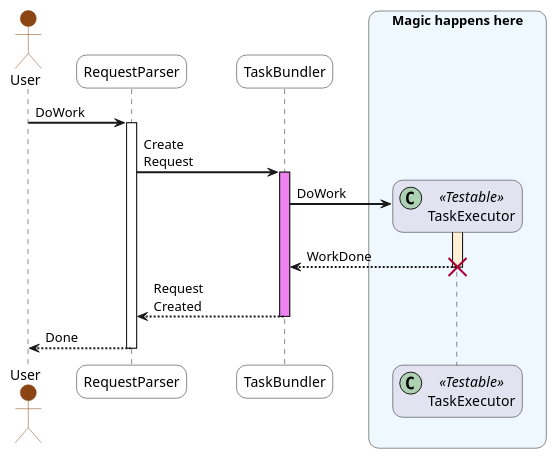
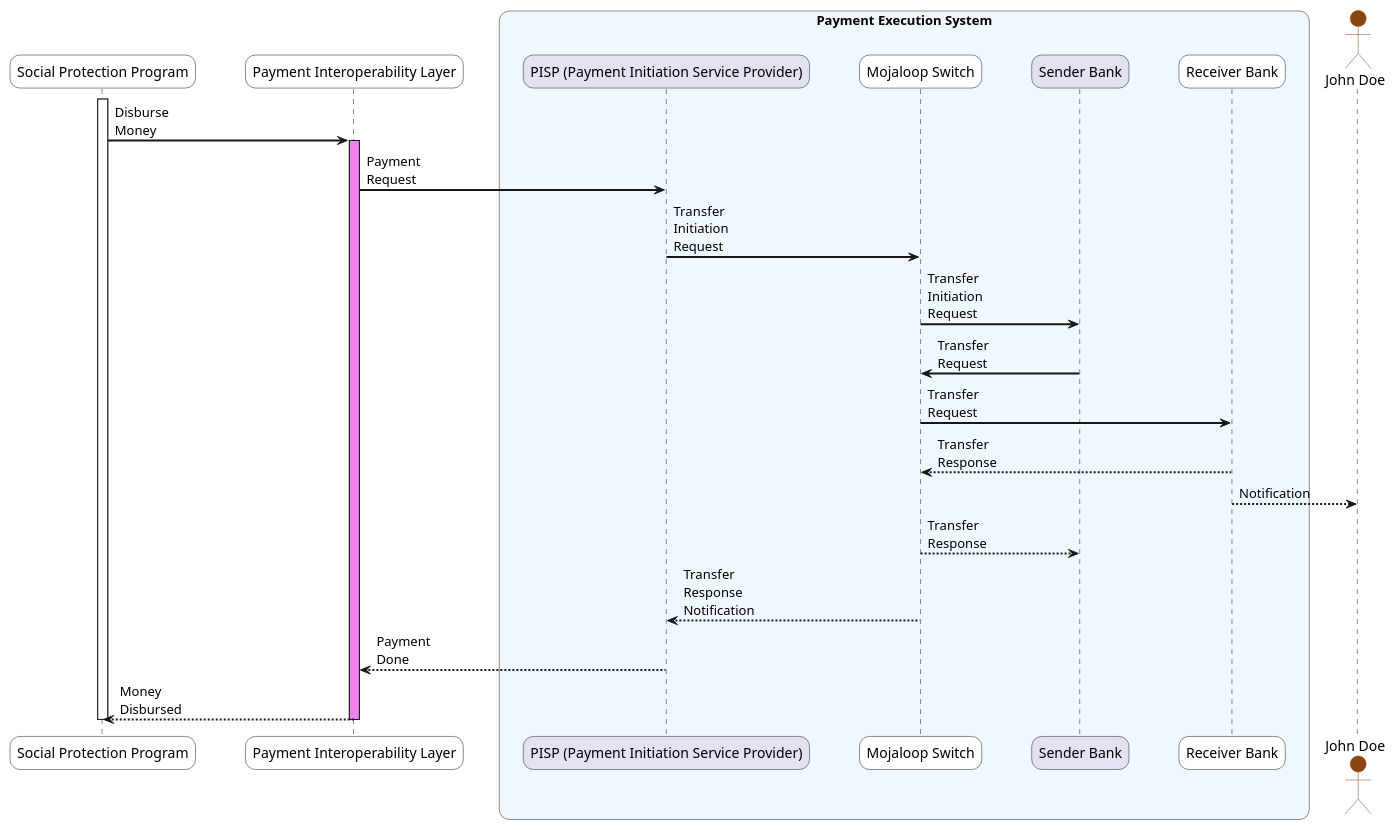
The second of 2 diagrams in docs/documentation/Sequence Diagrams.md (spdci/payments-interoperability-layer), drawn with PlantUML before and after one commit. The commit also changed other lines of this file, not shown here.

Commit message:
feat: added initial version of sequence diagrams

```diff
--- a/docs/documentation/Sequence Diagrams.md
+++ b/docs/documentation/Sequence Diagrams.md
@@ -58,44 +61,46 @@
 @startuml
-
-'!include plantuml-ae.iuml
 
 skinparam sequenceArrowThickness 2
 skinparam roundcorner 20
 skinparam maxmessagesize 60
-
 
 skinparam ParticipantPadding 20
 skinparam BoxPadding 10
 skinparam SequenceBoxBackgroundColor AliceBlue
 skinparam ActorBorderColor    SaddleBrown
 
+participant "Social Protection Program" as SPP #white
+participant "Payment Interoperability Layer" as PIL #white
 
-actor User #SaddleBrown
+box "Payment Execution System"
+participant "PISP (Payment Initiation Service Provider)" as PISP
+participant "Mojaloop Switch" as ML #white
+participant "Sender Bank" as PayerFSP
+participant "Receiver Bank" as PayeeFSP #white
+end box
+actor "John Doe" as User #SaddleBrown
 
-participant "RequestParser" as A #white
-participant "TaskBundler" as B #white
+activate SPP
 
-box "Magic happens here"
-participant "TaskExecutor" as C << (C,#ADD1B2) Testable >>
-end box
+SPP -> PIL: Disburse Money
+activate PIL #violet
 
-User -> A: DoWork
-activate A
+PIL -> PISP: Payment Request
+PISP -> ML: Transfer Initiation Request
+ML -> PayerFSP: Transfer Initiation Request
 
-A -> B: Create Request
-activate B #violet
+PayerFSP -> ML: Transfer Request
+ML -> PayeeFSP: Transfer Request
 
-create C
-B -> C: DoWork
-activate C #PapayaWhip
-C --> B: WorkDone
-destroy C
+PayeeFSP --> ML: Transfer Response
+PayeeFSP --> User: Notification
+ML --> PayerFSP: Transfer Response
 
-B --> A: Request Created
-deactivate B
+ML --> PISP: Transfer Response Notification
 
-A --> User: Done
-deactivate A
+PISP --> PIL: Payment Done
+PIL --> SPP: Money Disbursed
+deactivate PIL
+deactivate SPP
 
-'!include ../../plantuml-styles/ae-copyright-footer.txt
 @enduml
```
